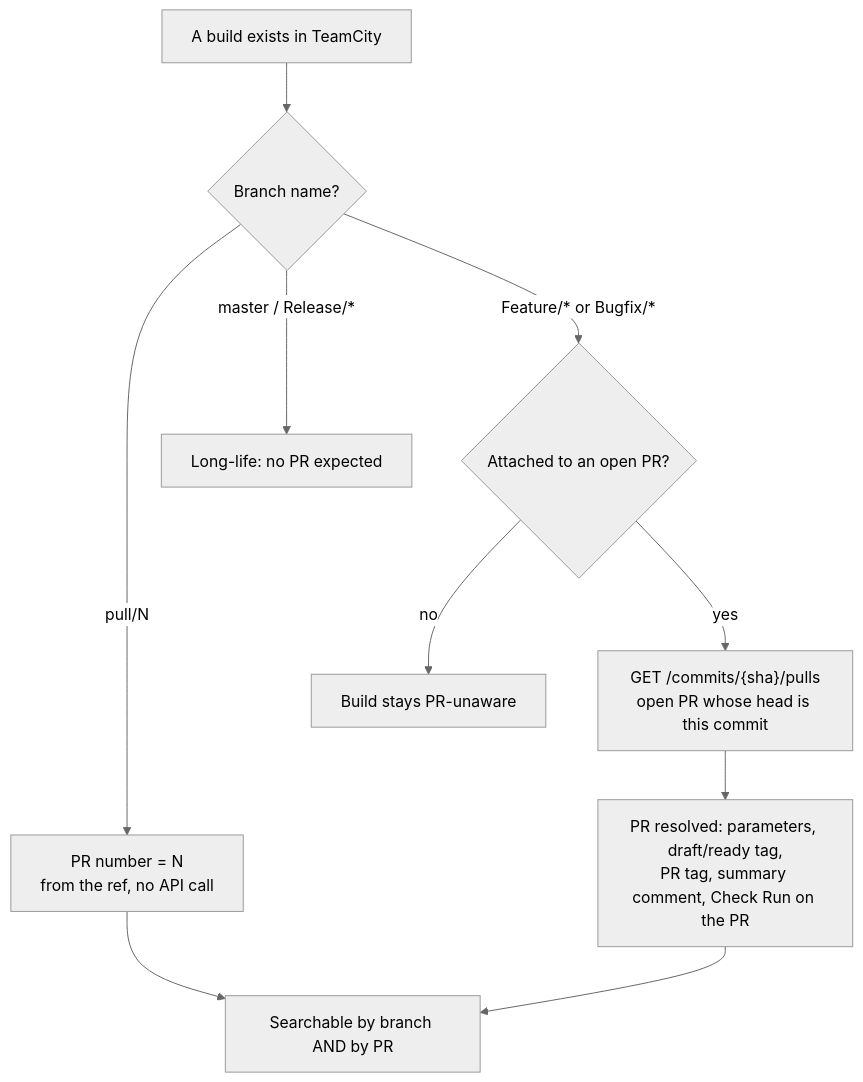
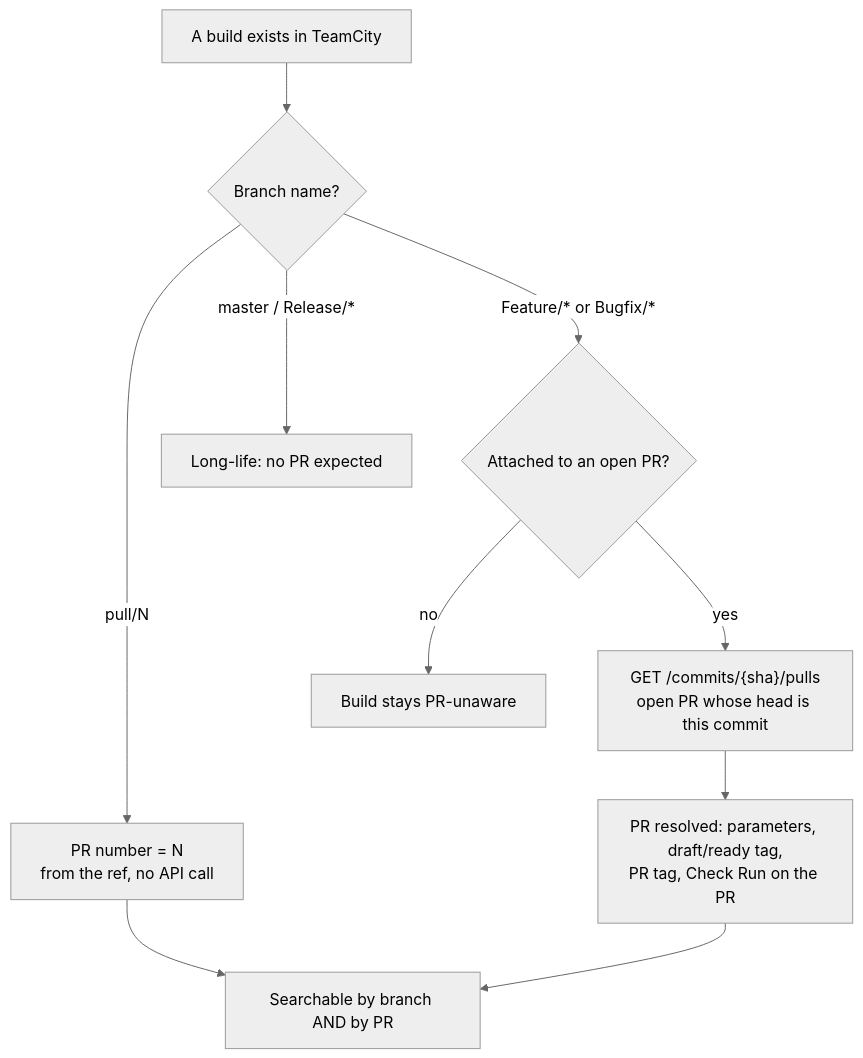
One commit to Silmaen/teamcity-github changed the sixth of 7 diagrams in doc/branching-workflows.md. Above: the diagram before and after it, drawn with Mermaid (neutral theme). The commit also changed other lines of this file and 70 other files, not shown here.

````diff
--- a/doc/branching-workflows.md
+++ b/doc/branching-workflows.md
@@ -865,12 +865,12 @@
 ```mermaid
 flowchart TD
     A["A build exists in TeamCity"] --> B{"Branch name?"}
     B -->|"pull/N"| C["PR number = N<br/>from the ref, no API call"]
     B -->|"master / Release/*"| D["Long-life: no PR expected"]
     B -->|"Feature/* or Bugfix/*"| E{"Attached to an open PR?"}
     E -->|no| F["Build stays PR-unaware"]
     E -->|yes| G["GET /commits/{sha}/pulls<br/>open PR whose head is this commit"]
-    G --> H["PR resolved: parameters, draft/ready tag,<br/>PR tag, summary comment, Check Run on the PR"]
+    G --> H["PR resolved: parameters, draft/ready tag,<br/>PR tag, Check Run on the PR"]
     C --> I["Searchable by branch AND by PR"]
     H --> I
 ```
````
